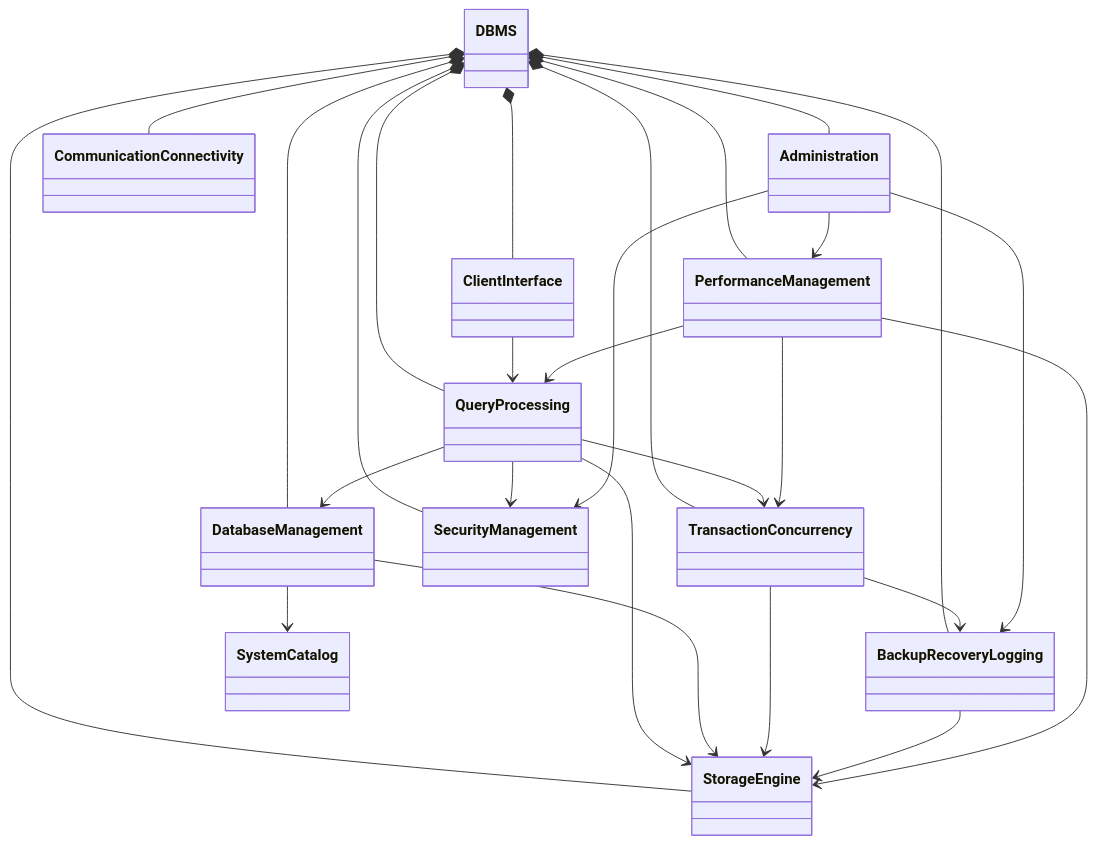
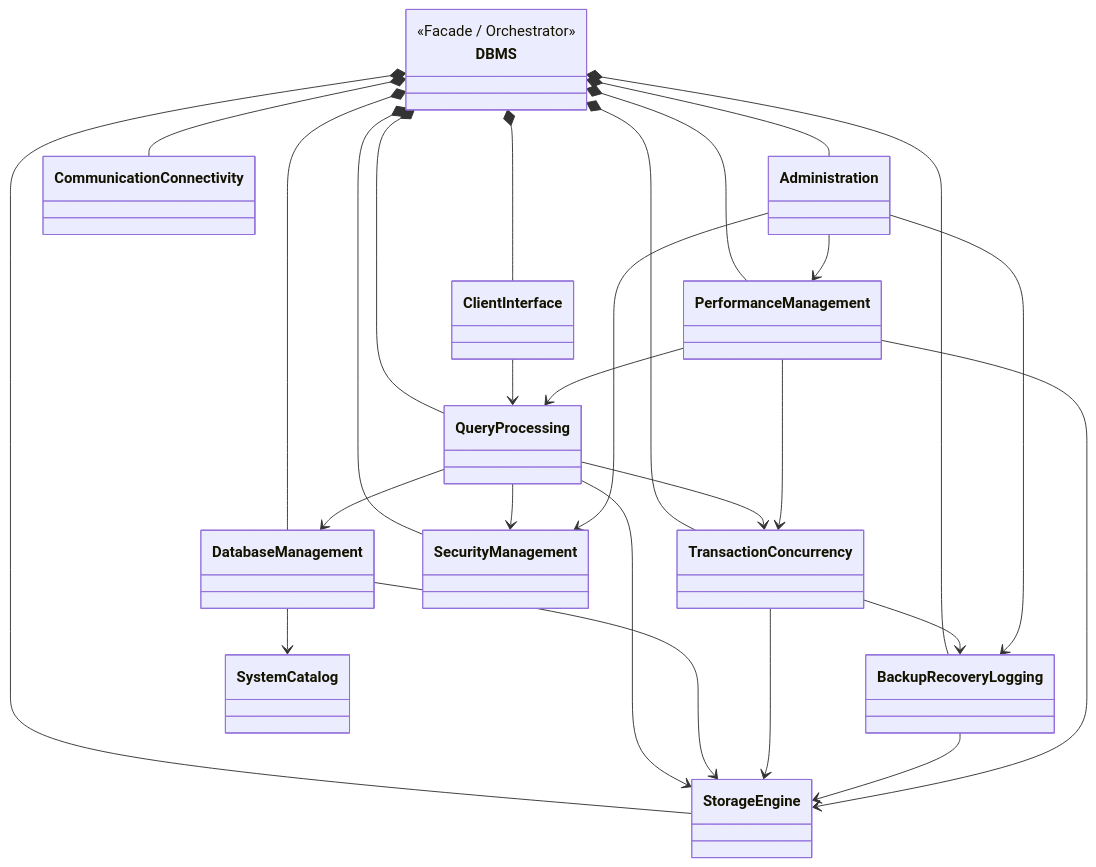
Before and after one commit to Ricky13170/DBMS: the second of 2 diagrams in docs/test.md, drawn with Mermaid. The commit also changed other lines of this file, not shown here.

````diff
--- a/docs/test.md
+++ b/docs/test.md
@@ -1,37 +26,37 @@
 ```mermaid
 classDiagram
     direction TB
+    
+    class DBMS {
+        <<Facade / Orchestrator>>
+    }
 
     DBMS *-- ClientInterface
     DBMS *-- QueryProcessing
     DBMS *-- DatabaseManagement
     DBMS *-- StorageEngine
     DBMS *-- TransactionConcurrency
     DBMS *-- SecurityManagement
     DBMS *-- Administration
     DBMS *-- BackupRecoveryLogging
     DBMS *-- PerformanceManagement
     DBMS *-- CommunicationConnectivity
-
+    
     ClientInterface --> QueryProcessing
     QueryProcessing --> DatabaseManagement
     QueryProcessing --> StorageEngine
     QueryProcessing --> TransactionConcurrency
     QueryProcessing --> SecurityManagement
-
     DatabaseManagement --> SystemCatalog
     DatabaseManagement --> StorageEngine
-
     TransactionConcurrency --> StorageEngine
     TransactionConcurrency --> BackupRecoveryLogging
-
     BackupRecoveryLogging --> StorageEngine
-
     PerformanceManagement --> QueryProcessing
     PerformanceManagement --> StorageEngine
     PerformanceManagement --> TransactionConcurrency
-
     Administration --> SecurityManagement
     Administration --> BackupRecoveryLogging
     Administration --> PerformanceManagement
+
 ```
````
